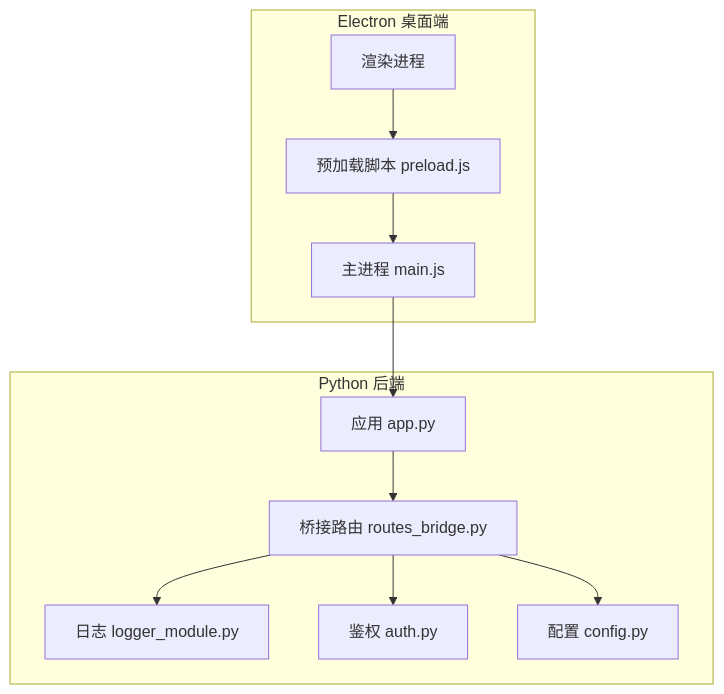
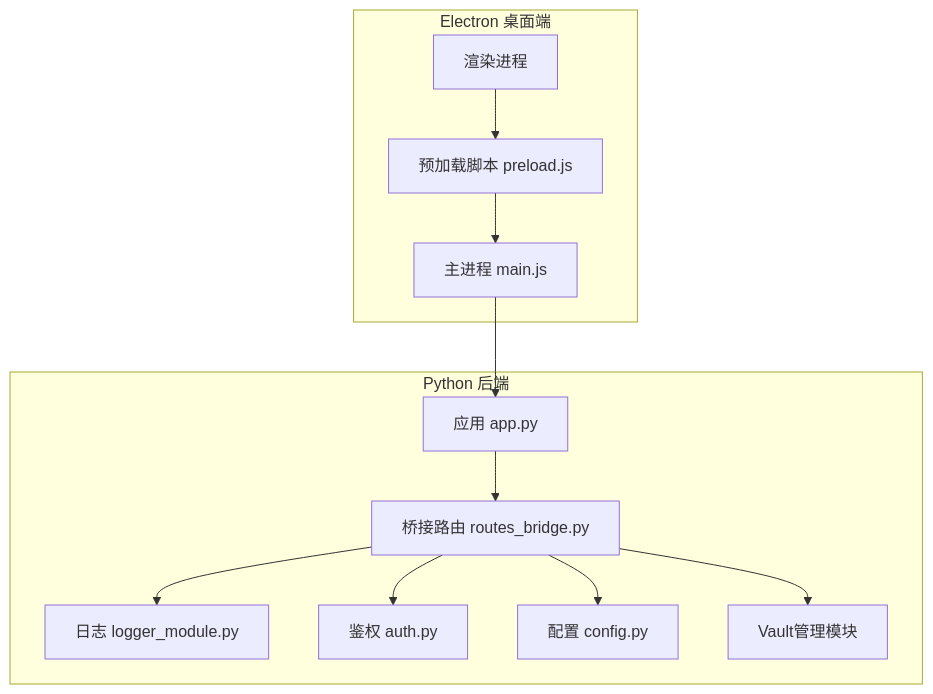
One commit to abokyoy/LectureLearnLoop changed the first of 7 diagrams in .qoder/repowiki/zh/content/后端架构/路由设计/桥接路由.md. Above: the diagram before and after it, drawn with Mermaid. The commit also changed other lines of this file and 91 other files, not shown here.

````diff
--- a/.qoder/repowiki/zh/content/后端架构/路由设计/桥接路由.md
+++ b/.qoder/repowiki/zh/content/后端架构/路由设计/桥接路由.md
@@ -47,22 +56,24 @@
 ```mermaid
 graph TB
 subgraph "Electron 桌面端"
 Renderer["渲染进程"]
 Preload["预加载脚本 preload.js"]
 Main["主进程 main.js"]
 end
 subgraph "Python 后端"
 App["应用 app.py"]
 Bridge["桥接路由 routes_bridge.py"]
 Logger["日志 logger_module.py"]
 Auth["鉴权 auth.py"]
 Config["配置 config.py"]
+Vault["Vault管理模块"]
 end
 Renderer --> Preload
 Preload --> Main
 Main --> App
 App --> Bridge
 Bridge --> Logger
 Bridge --> Auth
 Bridge --> Config
+Bridge --> Vault
 ```
````
